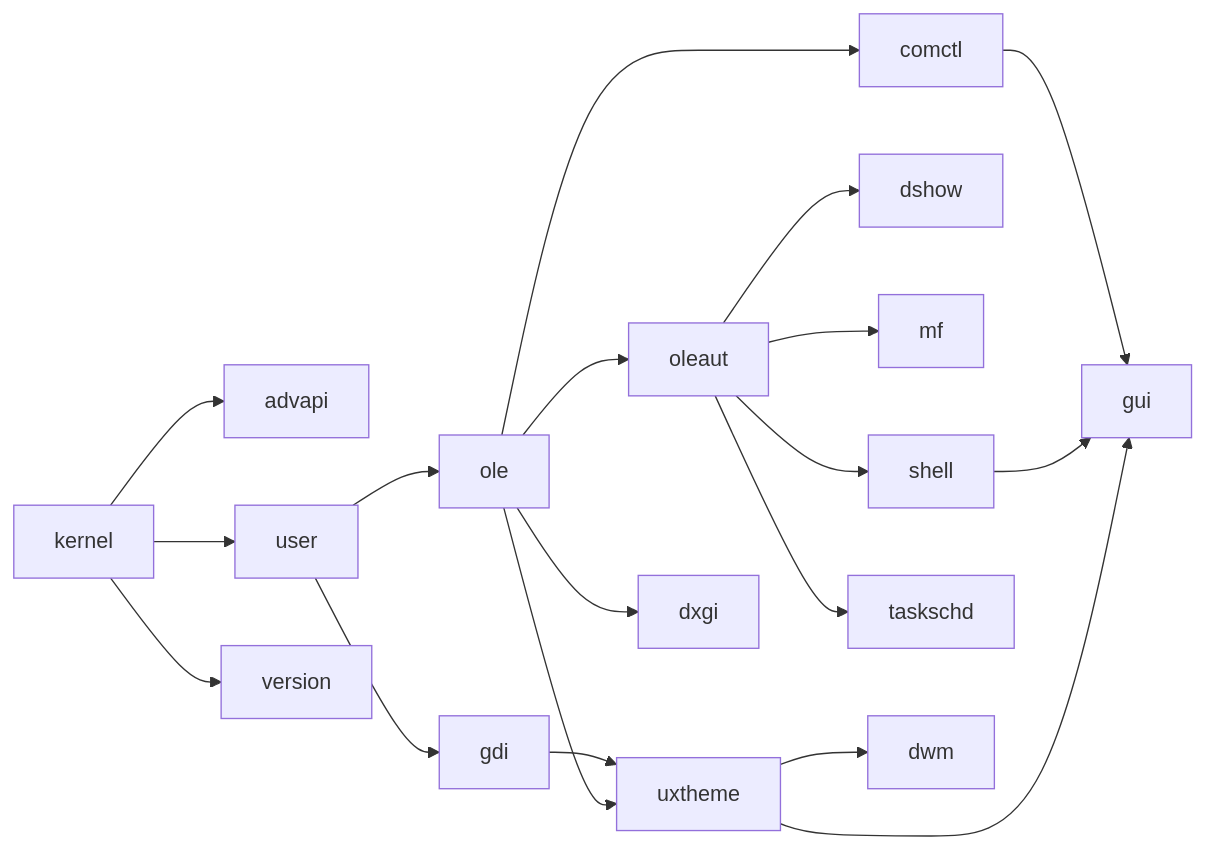
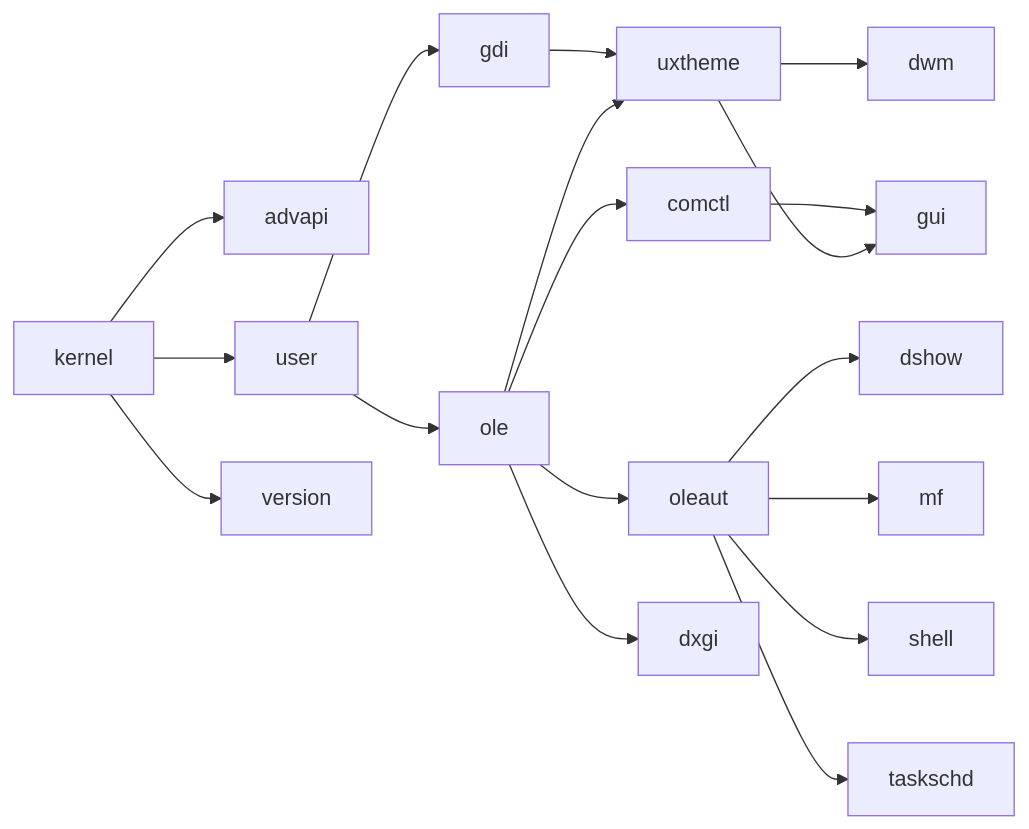
Before and after one commit to rodrigocfd/winsafe: the diagram in README.md, drawn with Mermaid. The commit also changed 3 other files, not shown here.

Commit message:
Remove shell dependency for gui.

````diff
--- a/README.md
+++ b/README.md
@@ -86,22 +86,21 @@
 ```mermaid
 graph LR
     kernel
     kernel --> advapi
     kernel --> user
     kernel --> version
     user --> gdi
     user --> ole
     gdi --> uxtheme
     ole --> oleaut
     ole --> comctl
     ole --> dxgi
     ole --> uxtheme
     comctl --> gui
     oleaut --> dshow
     oleaut --> mf
     oleaut --> shell
     oleaut --> taskschd
-    shell --> gui
     uxtheme --> dwm
 uxtheme --> gui
 ```
````
